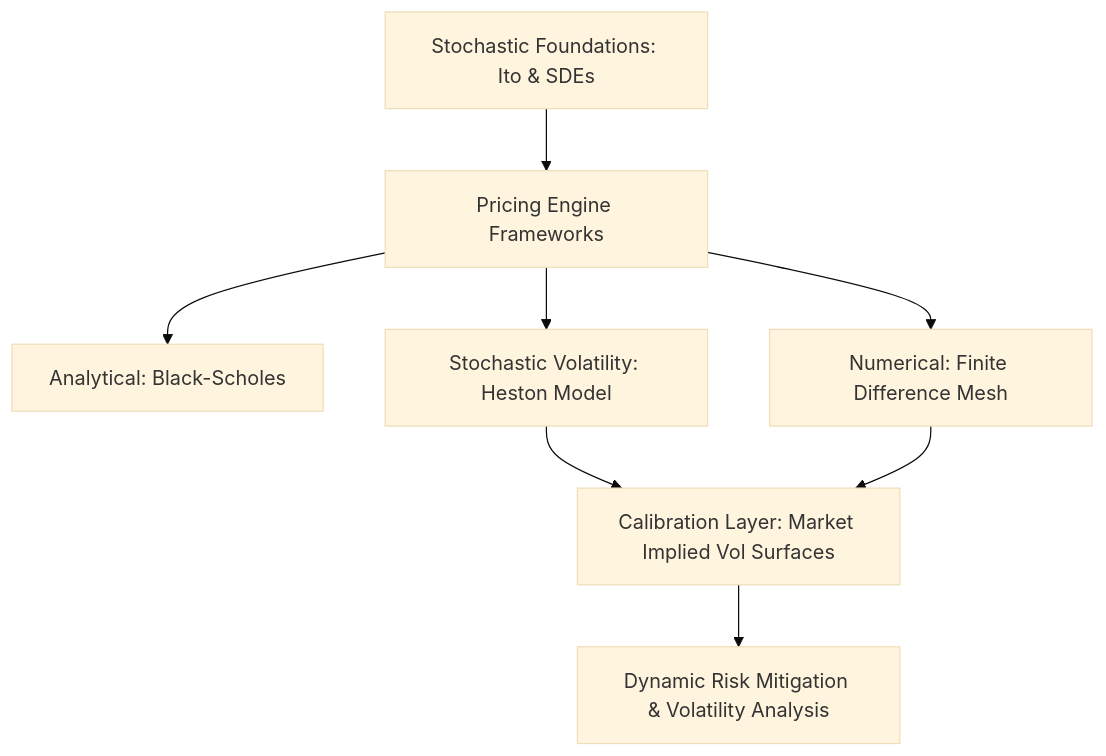
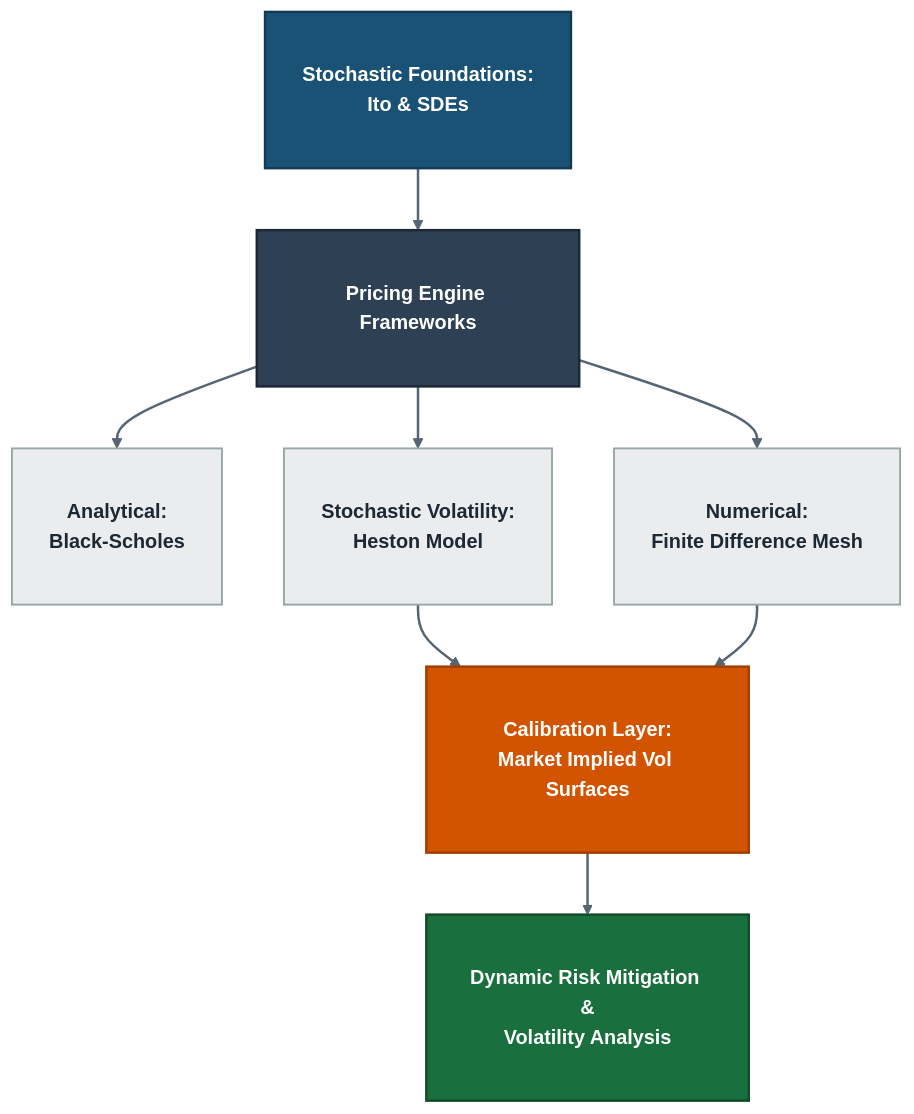
The diagram in README.md (Vipeen21/Quant-finance), drawn with Mermaid (base theme) before and after one commit. The commit also changed other lines of this file, not shown here.

````diff
--- a/README.md
+++ b/README.md
@@ -148,11 +28,30 @@
 ```mermaid
 graph TD
-    A[Stochastic Foundations: Ito & SDEs] --> B[Pricing Engine Frameworks]
-    B --> C[Analytical: Black-Scholes]
-    B --> D[Stochastic Volatility: Heston Model]
-    B --> E[Numerical: Finite Difference Mesh]
-    D --> F[Calibration Layer: Market Implied Vol Surfaces]
+    %% Custom styling definitions for readability
+    classDef mainHeading fill:#1A5276,stroke:#113A54,stroke-width:2px,color:#FFFFFF,font-weight:bold,font-family:Arial,padding:12px;
+    classDef primaryBlock fill:#2E4053,stroke:#1C2833,stroke-width:2px,color:#FFFFFF,font-weight:bold,font-family:Arial,padding:10px;
+    classDef modelBlock fill:#EAECEE,stroke:#95A5A6,stroke-width:1.5px,color:#1C2833,font-weight:bold,font-family:Arial,padding:10px;
+    classDef calibrationBlock fill:#D35400,stroke:#A04000,stroke-width:2px,color:#FFFFFF,font-weight:bold,font-family:Arial,padding:12px;
+    classDef riskBlock fill:#196F3D,stroke:#114B29,stroke-width:2px,color:#FFFFFF,font-weight:bold,font-family:Arial,padding:12px;
+
+    %% Global link styling for high contrast lines
+    linkStyle default stroke:#566573,stroke-width:2px;
+
+    %% Nodes and Assignments
+    A[Stochastic Foundations:<br>Ito & SDEs]:::mainHeading
+    B[Pricing Engine Frameworks]:::primaryBlock
+    C[Analytical:<br>Black-Scholes]:::modelBlock
+    D[Stochastic Volatility:<br>Heston Model]:::modelBlock
+    E[Numerical:<br>Finite Difference Mesh]:::modelBlock
+    F[Calibration Layer:<br>Market Implied Vol Surfaces]:::calibrationBlock
+    G[Dynamic Risk Mitigation &<br>Volatility Analysis]:::riskBlock
+
+    %% Flow/Connections
+    A --> B
+    B --> C
+    B --> D
+    B --> E
+    D --> F
     E --> F
-    F --> G[Dynamic Risk Mitigation & Volatility Analysis]
-
+    F --> G
 ```
````
